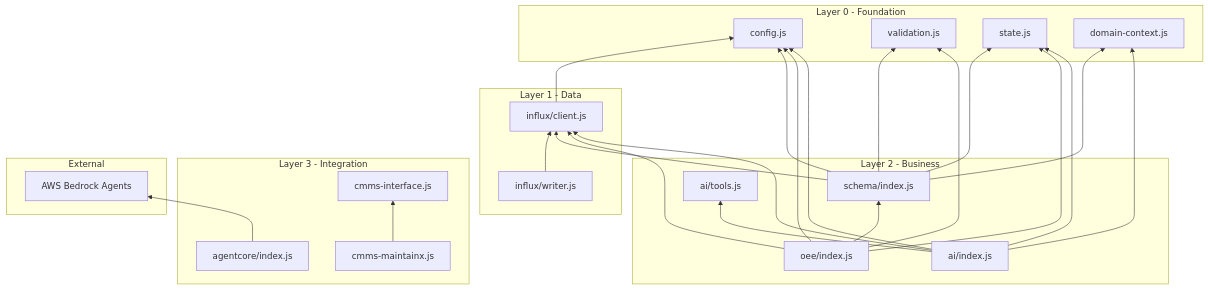
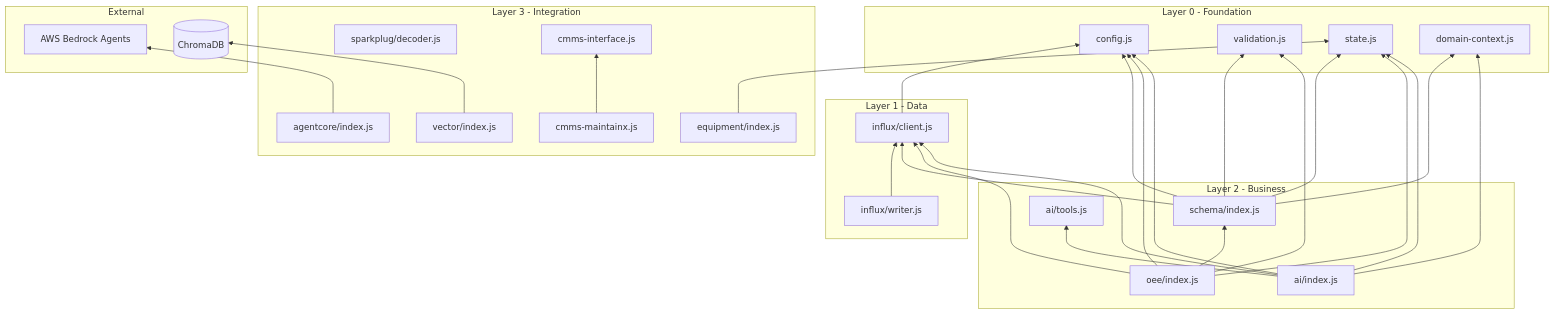
Before and after one commit to Concept-Reply-US/EdgeMind: the second of 3 diagrams in wiki/Component-Diagram.md, drawn with Mermaid. The commit also changed other lines of this file and 5 other files, not shown here.

First line of the commit message:
docs: fix architecture diagrams and module documentation

````diff
--- a/wiki/Component-Diagram.md
+++ b/wiki/Component-Diagram.md
@@ -79,55 +87,61 @@
 ```mermaid
 flowchart BT
     subgraph Layer 0 - Foundation
         CONFIG[config.js]
         VALID[validation.js]
         STATE[state.js]
         DOMAIN[domain-context.js]
     end
 
     subgraph Layer 1 - Data
         INFLUX_C[influx/client.js]
         INFLUX_W[influx/writer.js]
     end
 
     subgraph Layer 2 - Business
         SCHEMA[schema/index.js]
         OEE[oee/index.js]
         AI[ai/index.js]
         AI_TOOLS[ai/tools.js]
     end
 
     subgraph Layer 3 - Integration
+        SPARK[sparkplug/decoder.js]
+        VECTOR[vector/index.js]
+        EQUIP[equipment/index.js]
         CMMS_I[cmms-interface.js]
         CMMS_M[cmms-maintainx.js]
         AGENTCORE[agentcore/index.js]
     end
 
     subgraph External
         BEDROCK[AWS Bedrock Agents]
+        CHROMADB[(ChromaDB)]
     end
 
     INFLUX_C --> CONFIG
     INFLUX_W --> INFLUX_C
 
     SCHEMA --> INFLUX_C
     SCHEMA --> STATE
     SCHEMA --> CONFIG
     SCHEMA --> VALID
     SCHEMA --> DOMAIN
 
     OEE --> INFLUX_C
     OEE --> STATE
     OEE --> SCHEMA
     OEE --> CONFIG
     OEE --> VALID
 
     AI --> INFLUX_C
     AI --> STATE
     AI --> CONFIG
     AI --> DOMAIN
     AI --> AI_TOOLS
 
+    VECTOR --> CHROMADB
+    EQUIP --> STATE
     CMMS_M --> CMMS_I
     AGENTCORE --> BEDROCK
 ```
````
